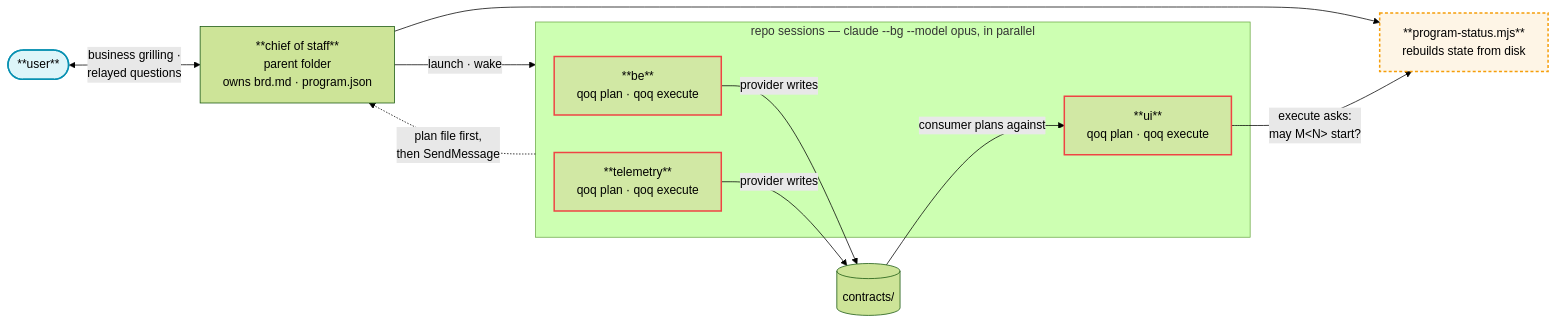
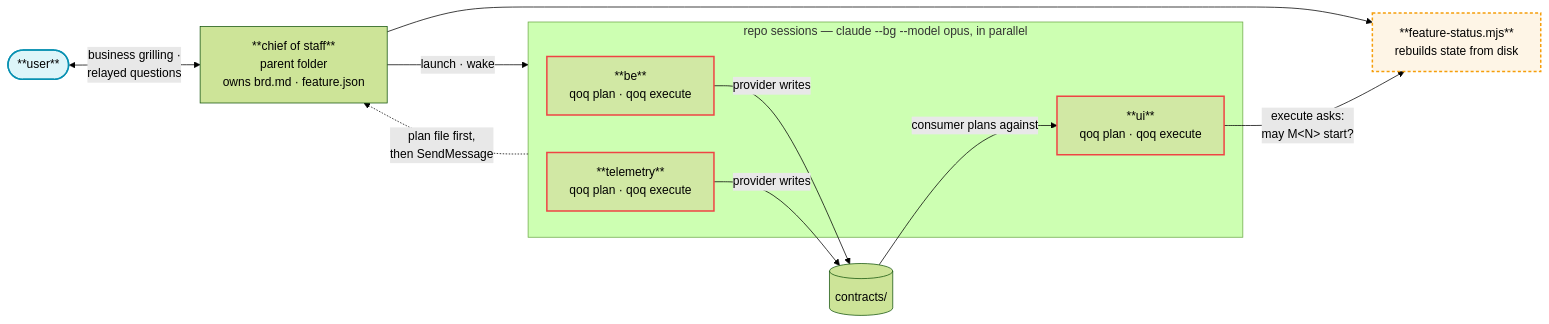
One commit to ladamczyk-it/qoq changed the first of 4 diagrams in docs/qoq-fullstack-workflows.md. Above: the diagram before and after it, drawn with Mermaid (forest theme). The commit also changed other lines of this file and 31 other files, not shown here.

First line of the commit message:
feat(skill): qoq-fullstack names it a feature, and owns its chief-only scripts

````diff
--- a/docs/qoq-fullstack-workflows.md
+++ b/docs/qoq-fullstack-workflows.md
@@ -20,26 +22,26 @@
 ```mermaid
 flowchart LR
     USER(["**user**"])
-    COS["**chief of staff**<br/>parent folder<br/>owns brd.md · program.json"]
-    STATUS["**program-status.mjs**<br/>rebuilds state from disk"]
+    COS["**chief of staff**<br/>parent folder<br/>owns brd.md · feature.json"]
+    STATUS["**feature-status.mjs**<br/>rebuilds state from disk"]
     subgraph REPOS["repo sessions — claude --bg --model opus, in parallel"]
         BE["**be**<br/>qoq plan · qoq execute"]
         TEL["**telemetry**<br/>qoq plan · qoq execute"]
         UI["**ui**<br/>qoq plan · qoq execute"]
     end
     CON[("contracts/")]
     USER <-->|"business grilling ·<br/>relayed questions"| COS
     COS -->|"launch · wake"| REPOS
     REPOS -.->|"plan file first,<br/>then SendMessage"| COS
     COS --> STATUS
     BE & TEL -->|"provider writes"| CON
     CON -->|"consumer plans against"| UI
     UI -->|"execute asks:<br/>may M&lt;N&gt; start?"| STATUS
 
     classDef command fill:#f59e0b1a,stroke:#f59e0b,stroke-width:2px,stroke-dasharray:4 3
     classDef user fill:#06b6d422,stroke:#0891b2,stroke-width:2px
     classDef skill fill:#ef44441f,stroke:#ef4444,stroke-width:2px
     class STATUS command
     class USER user
     class BE,TEL,UI skill
 ```
````
